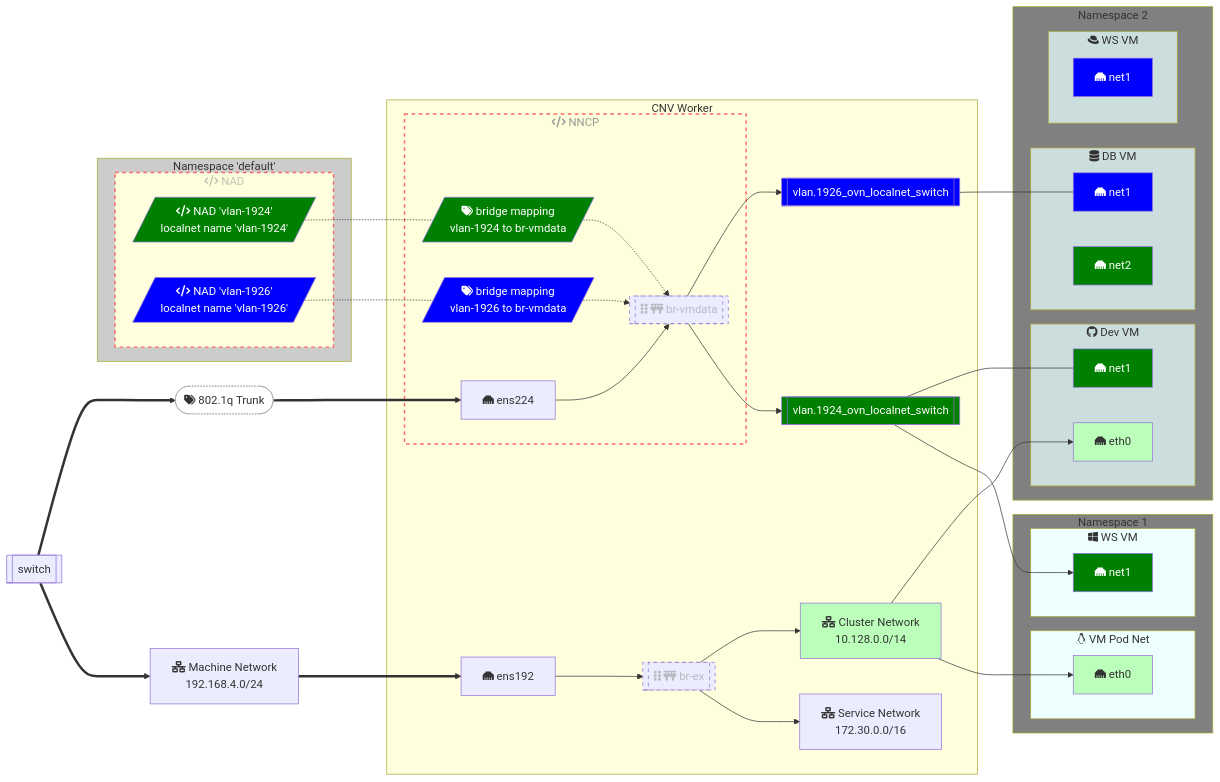
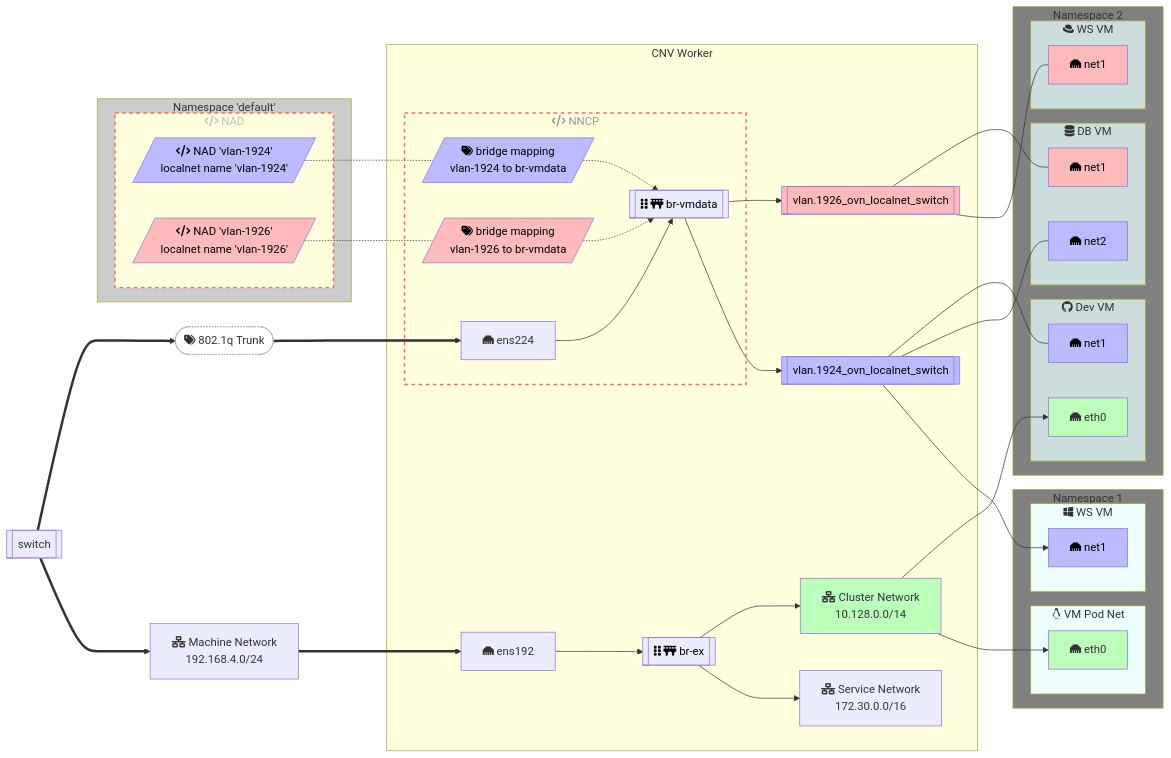
Before and after one commit to dlbewley/demo-virt: the first of 3 diagrams in networking/diagram.md, drawn with Mermaid. The commit also changed other lines of this file, not shown here.

```diff
--- a/networking/diagram.md
+++ b/networking/diagram.md
@@ -55,8 +69,8 @@
     br-vmdata --> ovs1924[[vlan.1924_ovn_localnet_switch]]
     br-vmdata --> ovs1926[[vlan.1926_ovn_localnet_switch]]
 
+
   end
-
   subgraph nsdefault["Namespace 'default'"]
     subgraph nad["fa:fa-code NAD"]
       ns2-nad-1924[/"fa:fa-code NAD 'vlan-1924'\nlocalnet name 'vlan-1924'"/] -.- BM1924
@@ -78,35 +92,37 @@
 
   subgraph ns2["Namespace 2"]
     subgraph ns2-vm1[fab:fa-github Dev VM]
+        ns2-vm1-nic2["fa:fa-ethernet eth0"]
         ns2-vm1-nic1["fa:fa-ethernet net1"]
-        ns2-vm1-nic2["fa:fa-ethernet eth0"]
     end
 
     clusternet --> ns2-vm1-nic2
 
     subgraph ns2-vm2["fa:fa-database DB VM"]
+        ns2-vm2-nic2["fa:fa-ethernet net2"]
         ns2-vm2-nic1["fa:fa-ethernet net1"]
-        ns2-vm2-nic2["fa:fa-ethernet net2"]
     end
 
     subgraph ns2-vm3["fab:fa-redhat WS VM"]
         ns2-vm3-nic1["fa:fa-ethernet net1"]
     end
 
+    ovs1924 --- ns2-vm2-nic2
     ovs1924 --- ns2-vm1-nic1
+    ovs1926 --- ns2-vm3-nic1
     ovs1926 --- ns2-vm2-nic1
   end
 
   classDef clusterNet fill:#bfb
   class clusternet,nginx-nic,ns2-vm1-nic2 clusterNet
 
-  classDef vlan-1924 fil:#ababff, fill:Green, color:White
+  classDef vlan-1924 fill:#bbf,color:black
   class ens224.1924,BM1924,ns1-nad-1924,ns2-nad-1924,ns1-vm2-nic1,ns1-ws2-1924,ns2-vm1-nic1,ns2-vm2-nic2,ovs1924 vlan-1924
 
-  classDef vlan-1926 fil:#fbb, fill:Blue, color:White
+  classDef vlan-1926 fill:#fbb, color:black
   class ens224.1926,BM1926,ns1-nad-1926,ns2-nad-1926,ns2-vm2-nic1,ns2-vm3-nic1,ovs1926 vlan-1926
 
-  classDef bridge color:#9999,file:cyan,stroke-dasharray: 5 5
+  classDef bridge color:#9999,file:cyan, color:black
   class br-ex,br-vmdata bridge
 
   style nad stroke:#f66,stroke-width:2px,color:#9999,file:none,stroke-dasharray: 5 5
```
